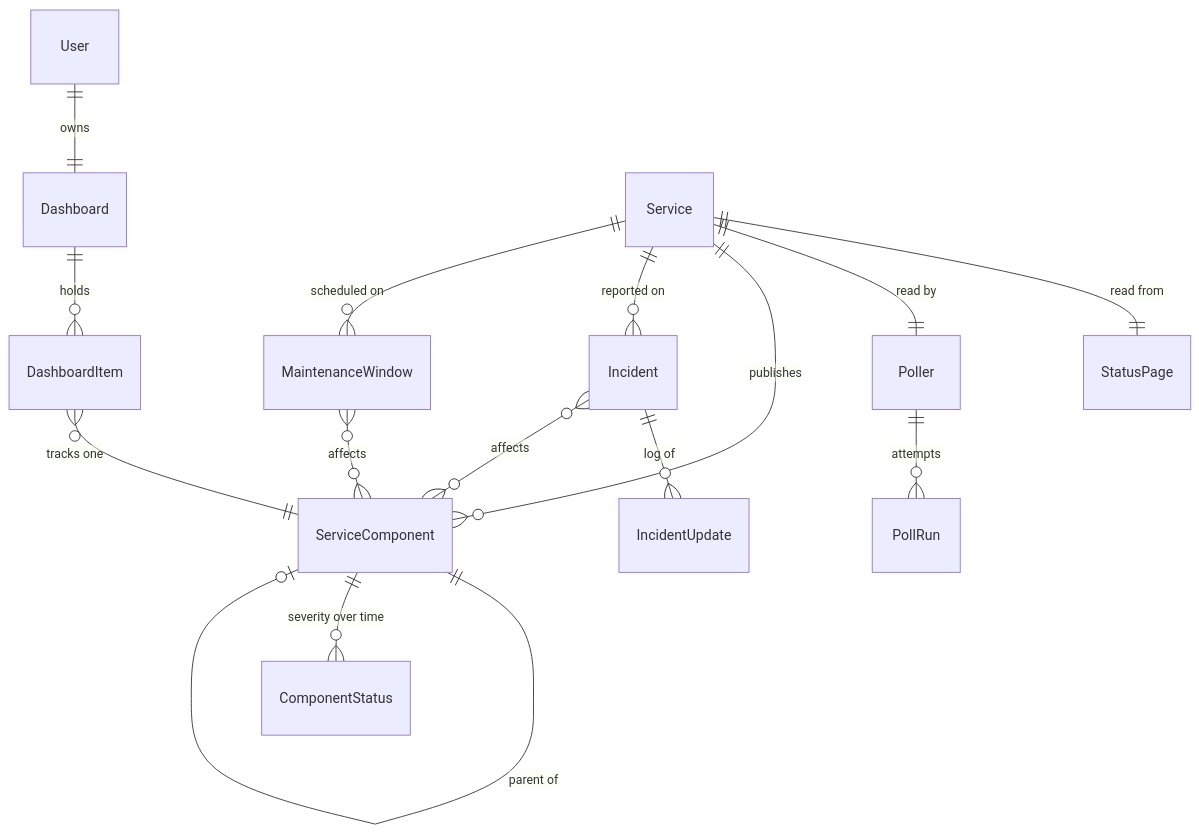
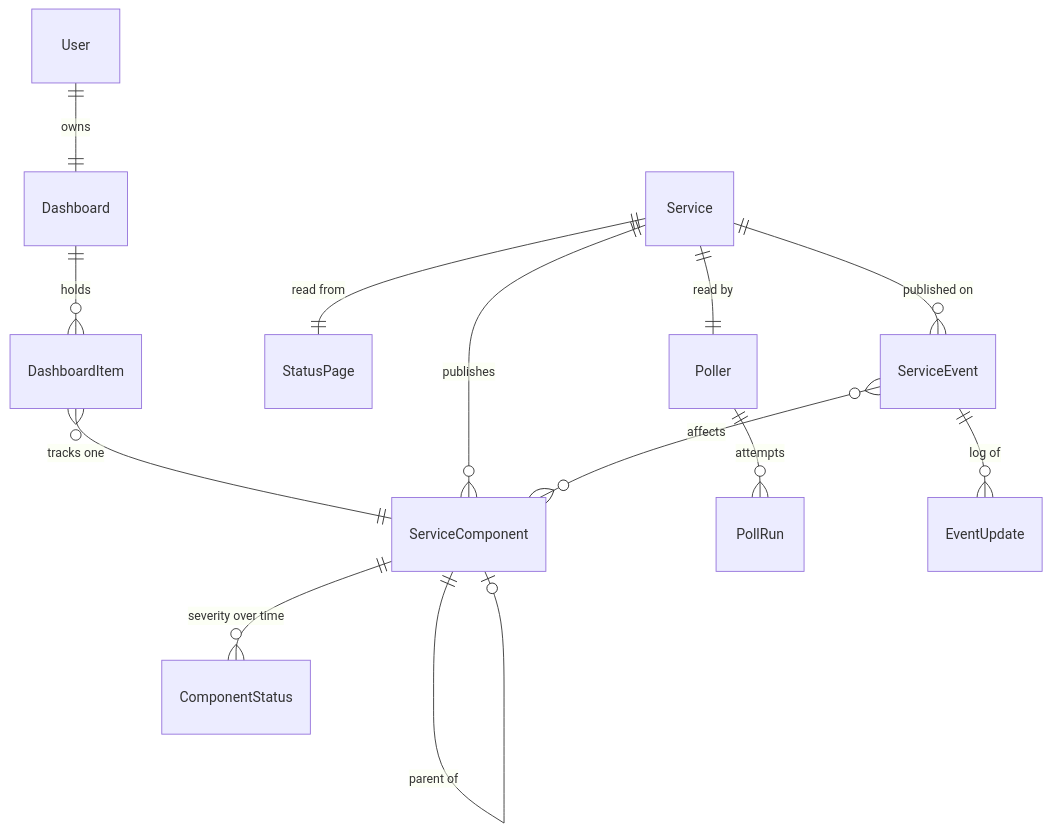
The first of 2 diagrams in docs/specs/2026-08-23-statusboard-design.md (thalida/statusboard), drawn with Mermaid before and after one commit. The commit also changed other lines of this file and 2 other files, not shown here.

````diff
--- a/docs/specs/2026-08-23-statusboard-design.md
+++ b/docs/specs/2026-08-23-statusboard-design.md
@@ -84,19 +84,17 @@
 ```mermaid
 erDiagram
     User ||--|| Dashboard : owns
     Dashboard ||--o{ DashboardItem : holds
     DashboardItem }o--|| ServiceComponent : "tracks one"
 
     Service ||--|| StatusPage : "read from"
     Service ||--|| Poller : "read by"
     Service ||--o{ ServiceComponent : publishes
     ServiceComponent ||--o| ServiceComponent : "parent of"
     ServiceComponent ||--o{ ComponentStatus : "severity over time"
 
     Poller ||--o{ PollRun : "attempts"
-    Service ||--o{ Incident : "reported on"
-    Service ||--o{ MaintenanceWindow : "scheduled on"
-    Incident ||--o{ IncidentUpdate : "log of"
-    Incident }o--o{ ServiceComponent : affects
-    MaintenanceWindow }o--o{ ServiceComponent : affects
+    Service ||--o{ ServiceEvent : "published on"
+    ServiceEvent ||--o{ EventUpdate : "log of"
+    ServiceEvent }o--o{ ServiceComponent : affects
 ```
````
